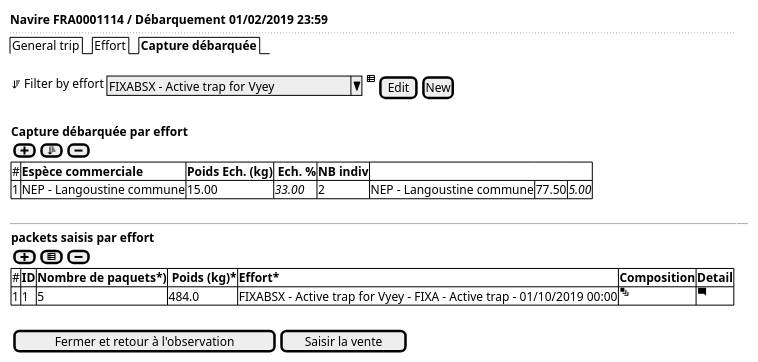
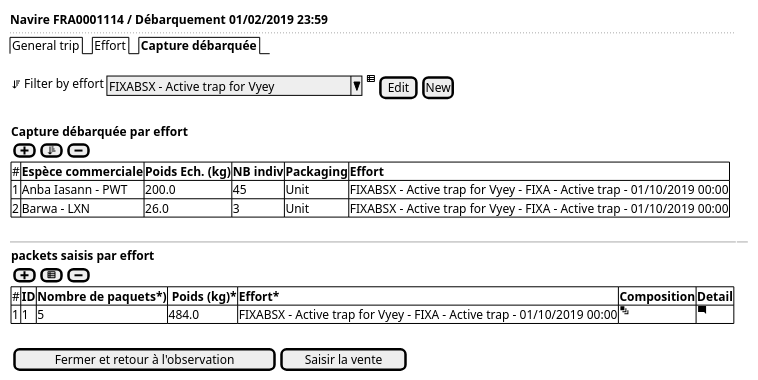
One commit to sumaris-net/sumaris-doc changed the diagram in use-case/collect/trip/landing-ui-samples.puml. Above: the diagram before and after it, drawn with PlantUML. The commit also changed 1 other file, not shown here.

```diff
--- a/use-case/collect/trip/landing-ui-samples.puml
+++ b/use-case/collect/trip/landing-ui-samples.puml
@@ -1,33 +1,33 @@
 @startsalt
 {
   <b>Navire FRA0001114 / Débarquement 01/02/2019 23:59
   ..
   {/ General trip | Effort | <b>Capture débarquée }
   .
   {<&sort-descending> Filter by effort | { ^FIXABSX - Active trap for Vyey^ } | <&spreadsheet> | [Edit] | [New]}
   .
   {
   <b>Capture débarquée par effort
   {[<&plus>]  | [<&sort-ascending>] | [<&minus>]}
 
   {#
-  # | <b>Espèce commerciale         | <b>Poids Ech. (kg)   | <b> Ech. % | <b>NB indiv
-  1 | NEP - Langoustine commune     | 15.00             | <i>33.00 |
-  2 | NEP - Langoustine commune     | 77.50             | <i>5.00 |
+  # | <b>Espèce commerciale         | <b>Poids Ech. (kg)   | <b>NB indiv | <b>Packaging | <b>Effort
+  1 | Anba Iasann - PWT     | 200.0             | 45 | Unit | FIXABSX - Active trap for Vyey - FIXA - Active trap - 01/10/2019 00:00
+  2 | Barwa - LXN     | 26.0             | 3 | Unit | FIXABSX - Active trap for Vyey - FIXA - Active trap - 01/10/2019 00:00
   }
   }
   .
   -- | --
   {
   <b>packets saisis par effort
   {[<&plus>]  | [<&spreadsheet>] | [<&minus>]}
 
   {#
   # | <b>ID | <b>Nombre de paquets*)   | <b> Poids (kg)* | <b>Effort* | <b>Composition | <b>Detail
   1 | 1     | 5             | 484.0 | FIXABSX - Active trap for Vyey - FIXA - Active trap - 01/10/2019 00:00 | <&layers> | <&comment-square>
   }
   }
   .
   {{[Fermer et retour à l'observation] | [Saisir la vente]}}
 }
 @endsalt
```
